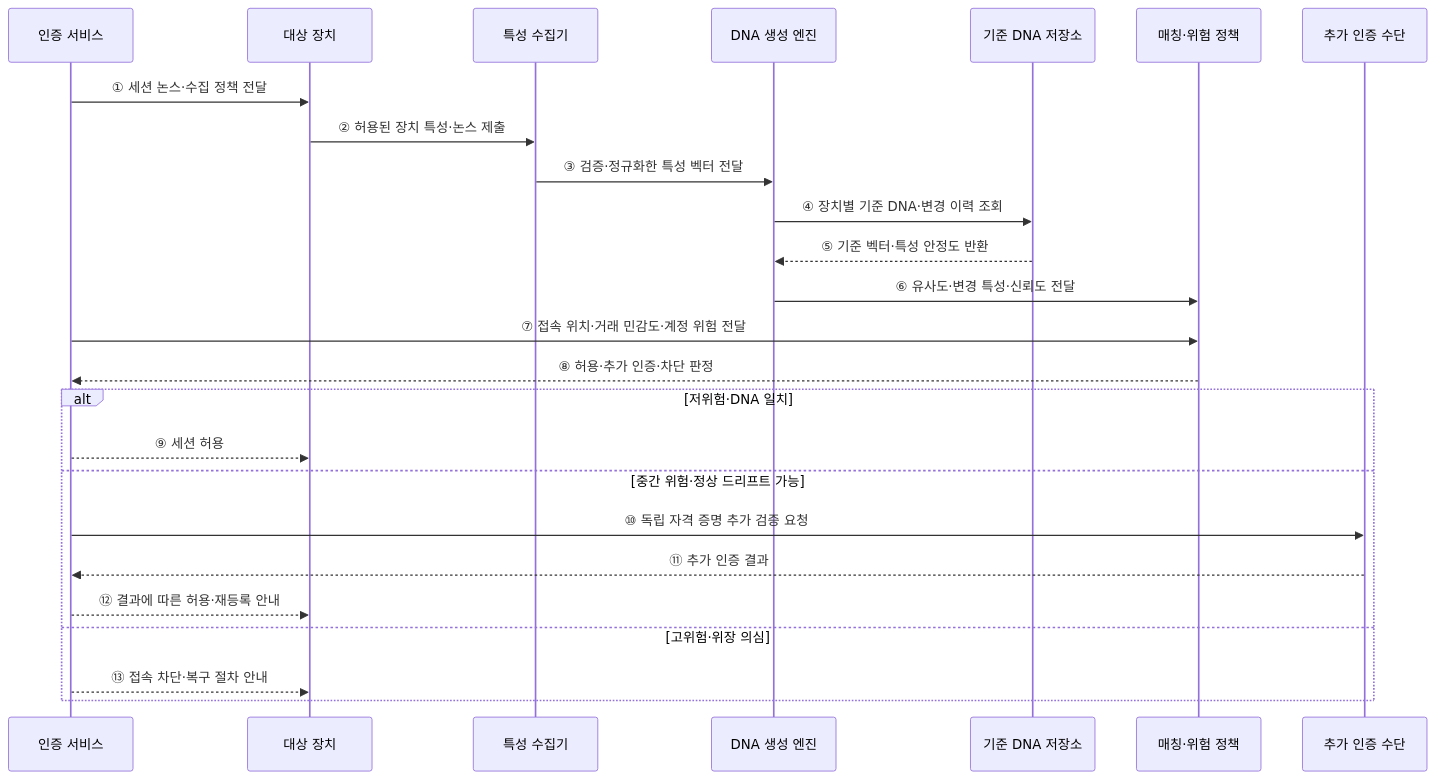
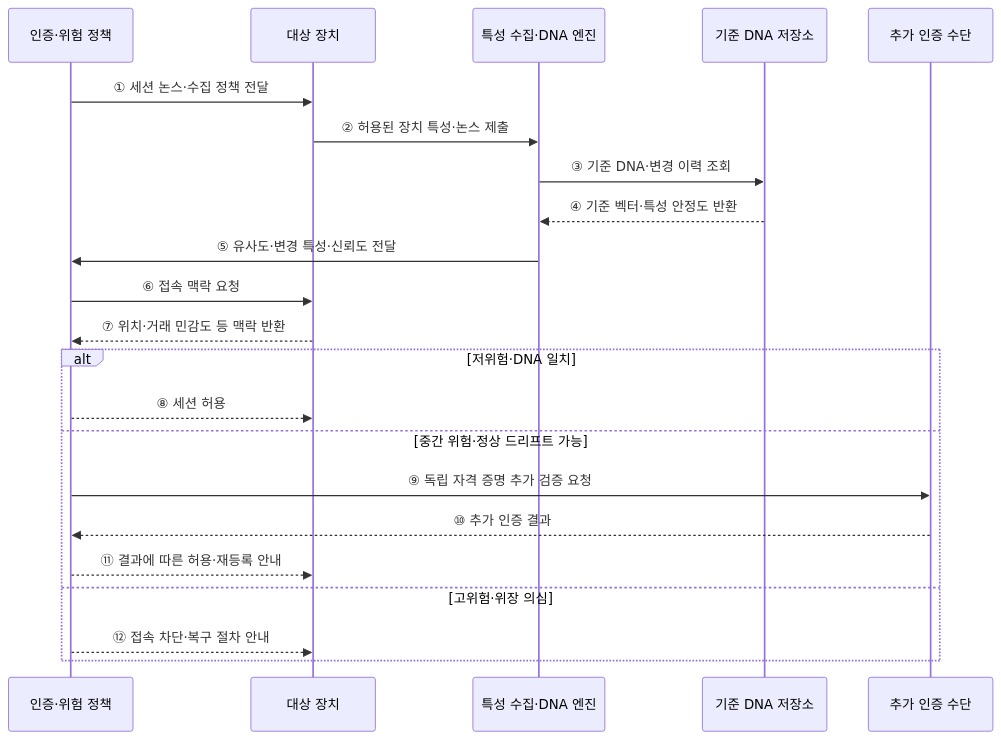
The second of 2 diagrams in src/content/docs/notes/02-hardware/071_device_dna.md (agnusdei1207/knowledge-base), drawn with Mermaid before and after one commit. The commit also changed other lines of this file and 20 other files, not shown here.

````diff
--- a/src/content/docs/notes/02-hardware/071_device_dna.md
+++ b/src/content/docs/notes/02-hardware/071_device_dna.md
@@ -87,28 +74,25 @@
 ```mermaid
 sequenceDiagram
-    participant A as 인증 서비스
+    participant A as 인증·위험 정책
     participant D as 대상 장치
-    participant C as 특성 수집기
-    participant G as DNA 생성 엔진
+    participant G as 특성 수집·DNA 엔진
     participant R as 기준 DNA 저장소
-    participant P as 매칭·위험 정책
     participant M as 추가 인증 수단
 
     A->>D: ① 세션 논스·수집 정책 전달
-    D->>C: ② 허용된 장치 특성·논스 제출
-    C->>G: ③ 검증·정규화한 특성 벡터 전달
-    G->>R: ④ 장치별 기준 DNA·변경 이력 조회
-    R-->>G: ⑤ 기준 벡터·특성 안정도 반환
-    G->>P: ⑥ 유사도·변경 특성·신뢰도 전달
-    A->>P: ⑦ 접속 위치·거래 민감도·계정 위험 전달
-    P-->>A: ⑧ 허용·추가 인증·차단 판정
+    D->>G: ② 허용된 장치 특성·논스 제출
+    G->>R: ③ 기준 DNA·변경 이력 조회
+    R-->>G: ④ 기준 벡터·특성 안정도 반환
+    G->>A: ⑤ 유사도·변경 특성·신뢰도 전달
+    A->>D: ⑥ 접속 맥락 요청
+    D-->>A: ⑦ 위치·거래 민감도 등 맥락 반환
     alt 저위험·DNA 일치
-        A-->>D: ⑨ 세션 허용
+        A-->>D: ⑧ 세션 허용
     else 중간 위험·정상 드리프트 가능
-        A->>M: ⑩ 독립 자격 증명 추가 검증 요청
-        M-->>A: ⑪ 추가 인증 결과
-        A-->>D: ⑫ 결과에 따른 허용·재등록 안내
+        A->>M: ⑨ 독립 자격 증명 추가 검증 요청
+        M-->>A: ⑩ 추가 인증 결과
+        A-->>D: ⑪ 결과에 따른 허용·재등록 안내
     else 고위험·위장 의심
-        A-->>D: ⑬ 접속 차단·복구 절차 안내
+        A-->>D: ⑫ 접속 차단·복구 절차 안내
     end
 ```
````
